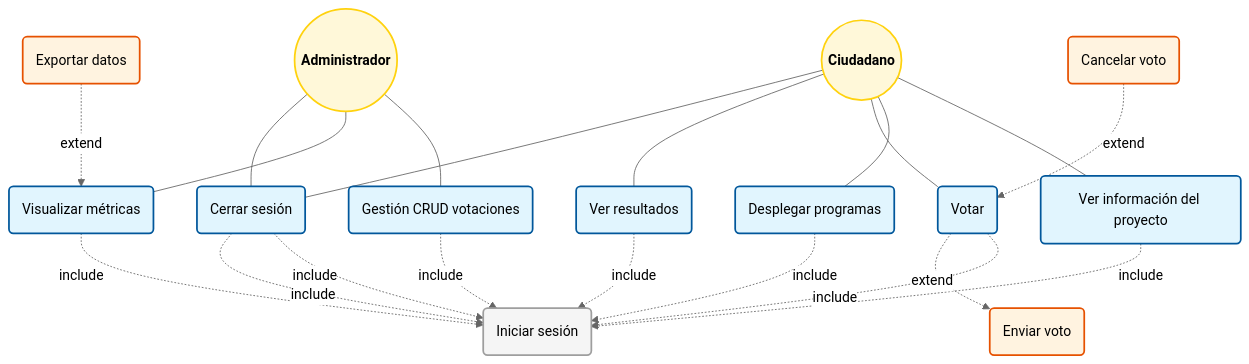
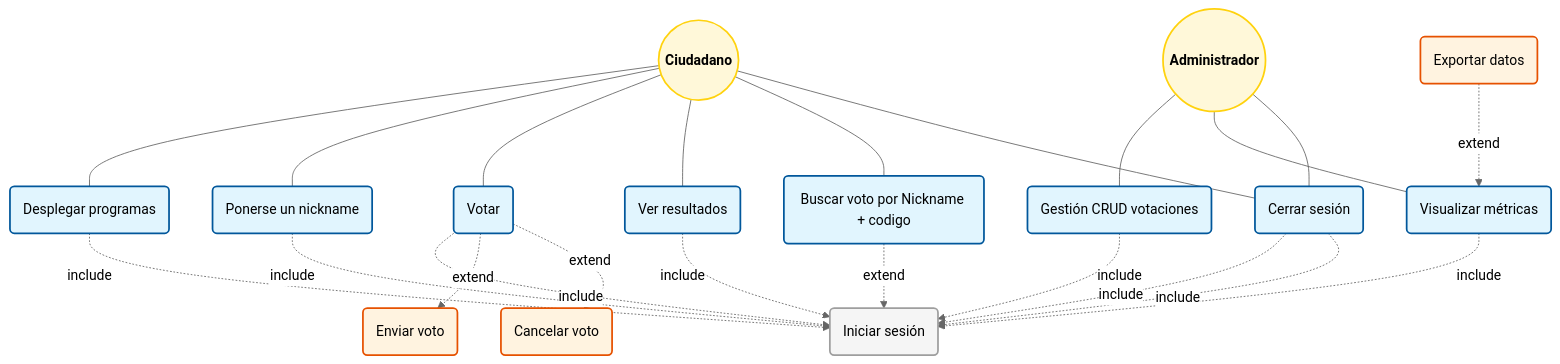
Before and after one commit to OnyxVariables/AGORA: the first of 15 diagrams in docs/Diagrama_CasosdeUso.md, drawn with Mermaid (neutral theme). The commit also changed other lines of this file and 2 other files, not shown here.

Commit message:
Add two use of case (Poner nickname y buscar voto) and update the others diagrams

````diff
--- a/docs/Diagrama_CasosdeUso.md
+++ b/docs/Diagrama_CasosdeUso.md
@@ -22,52 +22,55 @@
 ```mermaid
 graph TD
     %% Estilos
     classDef actor fill:#fff8d9,stroke:#ffd20e,stroke-width:2px,color:#000
     classDef primario fill:#e1f5fe,stroke:#01579b,stroke-width:2px,color:#000
     classDef soporte fill:#f5f5f5,stroke:#9e9e9e,stroke-width:2px,color:#000
     classDef extendido fill:#fff3e0,stroke:#e65100,stroke-width:2px,color:#000
 
     %% Actores
     Ciudadano((<b>Ciudadano</b>)):::actor
     Administrador((<b>Administrador</b>)):::actor
 
     %% Casos de Uso: Ciudadano
     UC_Login(Iniciar sesión):::soporte
-    UC_VerInfo(Ver información del proyecto):::primario
     UC_Desplegar(Desplegar programas):::primario
+    UC_Nickname(Ponerse un nickname):::primario
     UC_Votar(Votar):::primario
     UC_Enviar(Enviar voto):::extendido
     UC_Cancelar(Cancelar voto):::extendido
     UC_Resultados(Ver resultados):::primario
+    UC_Buscar(Buscar voto por Nickname + codigo):::primario
     UC_Salir(Cerrar sesión):::primario
 
     %% Casos de Uso: Administrador
     UC_CRUD(Gestión CRUD votaciones):::primario
     UC_Metricas(Visualizar métricas):::primario
     UC_Exportar(Exportar datos):::extendido
 
     %% Relaciones Ciudadano
-    Ciudadano --- UC_VerInfo
     Ciudadano --- UC_Desplegar
+    Ciudadano --- UC_Nickname
     Ciudadano --- UC_Votar
     Ciudadano --- UC_Resultados
+    Ciudadano --- UC_Buscar
     Ciudadano --- UC_Salir
 
-    UC_VerInfo -.->|include| UC_Login
     UC_Desplegar -.->|include| UC_Login
+    UC_Nickname -.->|include| UC_Login
     UC_Votar -.->|include| UC_Login
     UC_Votar -.->|extend| UC_Enviar
-    UC_Cancelar -.->|extend| UC_Votar
+    UC_Votar -.->|extend| UC_Cancelar
     UC_Resultados -.->|include| UC_Login
+    UC_Buscar -.->|extend| UC_Login
     UC_Salir -.->|include| UC_Login
 
     %% Relaciones Administrador
     Administrador --- UC_CRUD
     Administrador --- UC_Metricas
     Administrador --- UC_Salir
 
     UC_CRUD -.->|include| UC_Login
     UC_Metricas -.->|include| UC_Login
     UC_Exportar -.->|extend| UC_Metricas
     UC_Salir -.->|include| UC_Login
 ```
````
